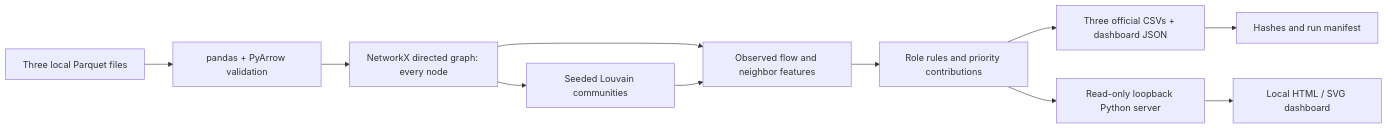
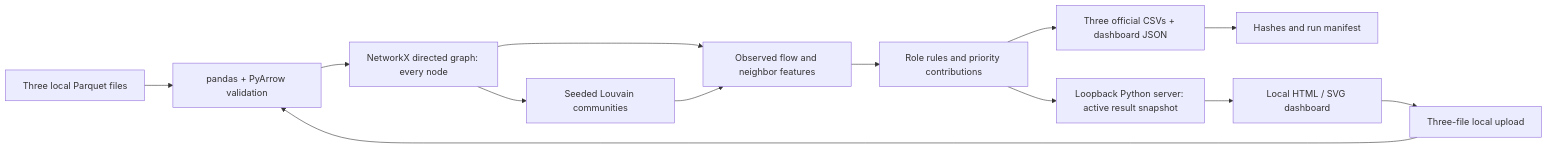
Before and after one commit to BAITC-Hacks/hack-368e1646-jiggle-eagles: the diagram in README.md, drawn with Mermaid. The commit also changed other lines of this file and 21 other files, not shown here.

````diff
--- a/README.md
+++ b/README.md
@@ -151,13 +194,15 @@
 ```mermaid
 flowchart LR
     P[Three local Parquet files] --> V[pandas + PyArrow validation]
     V --> G[NetworkX directed graph: every node]
     G --> F[Observed flow and neighbor features]
     G --> C[Seeded Louvain communities]
     C --> F
     F --> R[Role rules and priority contributions]
     R --> E[Three official CSVs + dashboard JSON]
     E --> M[Hashes and run manifest]
-    R --> H[Read-only loopback Python server]
+    R --> H[Loopback Python server: active result snapshot]
     H --> D[Local HTML / SVG dashboard]
+    D --> U[Three-file local upload]
+    U --> V
 ```
````
